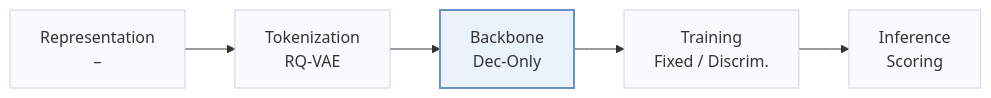
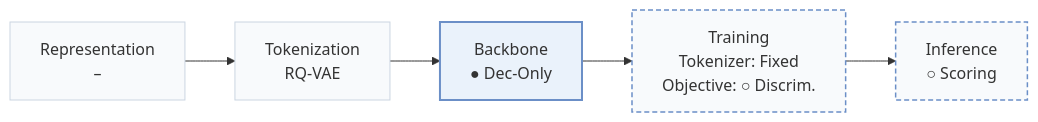
Before and after one commit to Galaxy-ghost/Awesome-SID-Generative-Rec: the first of 2 diagrams in pages/papers/digr.md, drawn with Mermaid. The commit also changed other lines of this file and 558 other files, not shown here.

````diff
--- a/pages/papers/digr.md
+++ b/pages/papers/digr.md
@@ -15,8 +18,10 @@
 ```mermaid
 flowchart LR
-    R["Representation<br/>–"] --> T["Tokenization<br/>RQ-VAE"] --> B["Backbone<br/>Dec-Only"] --> TR["Training<br/>Fixed / Discrim."] --> I["Inference<br/>Scoring"]
+    R["Representation<br/>–"] --> T["Tokenization<br/>RQ-VAE"] --> B["Backbone<br/>● Dec-Only"] --> TR["Training<br/>Tokenizer: Fixed<br/>Objective: ○ Discrim."] --> I["Inference<br/>○ Scoring"]
     classDef base fill:#f8fafc,stroke:#cbd5e1
     class R,T,B,TR,I base
+    classDef other fill:#f8fafc,stroke:#6b8fc7,stroke-width:1.5px,stroke-dasharray:5 3
+    class TR,I other
     classDef main fill:#eaf2fb,stroke:#6b8fc7,stroke-width:2px
     class B main
 ```
````
